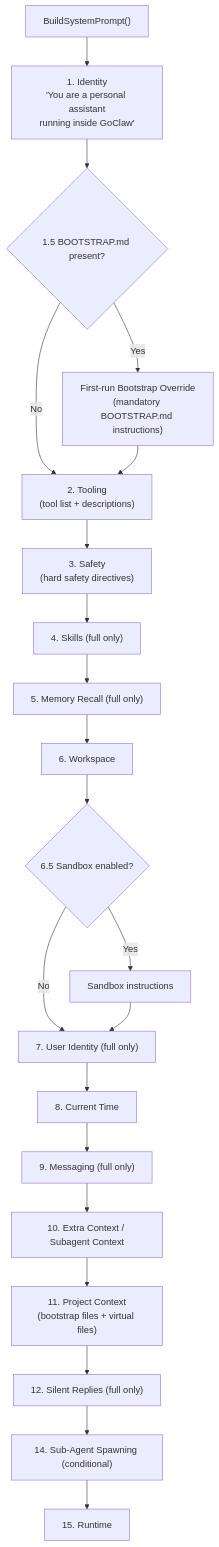
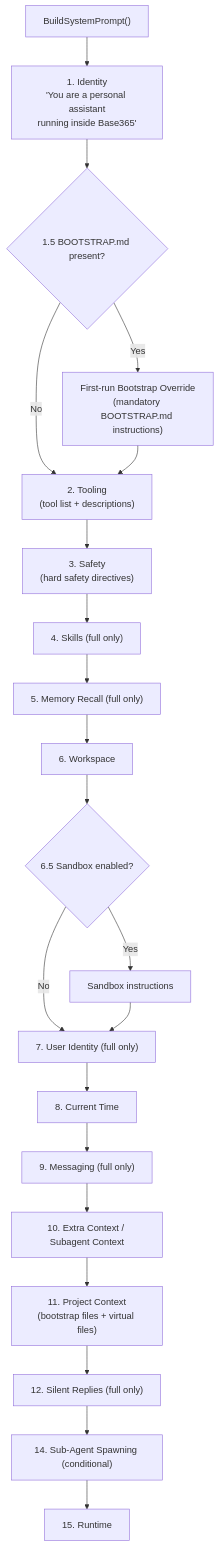
Before and after one commit to edyoCampos/base365: the third of 14 diagrams in docs/07-bootstrap-skills-memory.md, drawn with Mermaid. The commit also changed other lines of this file and 2108 other files, not shown here.

Commit message:
refactor: rebrand GoClaw -> Base365 (conteudo e caminhos)

````diff
--- a/docs/07-bootstrap-skills-memory.md
+++ b/docs/07-bootstrap-skills-memory.md
@@ -149,23 +149,23 @@
 ```mermaid
 flowchart TD
-    START["BuildSystemPrompt()"] --> S1["1. Identity<br/>'You are a personal assistant<br/>running inside GoClaw'"]
+    START["BuildSystemPrompt()"] --> S1["1. Identity<br/>'You are a personal assistant<br/>running inside Base365'"]
     S1 --> S1_5{"1.5 BOOTSTRAP.md present?"}
     S1_5 -->|Yes| BOOT["First-run Bootstrap Override<br/>(mandatory BOOTSTRAP.md instructions)"]
     S1_5 -->|No| S2
     BOOT --> S2["2. Tooling<br/>(tool list + descriptions)"]
     S2 --> S3["3. Safety<br/>(hard safety directives)"]
     S3 --> S4["4. Skills (full only)"]
     S4 --> S5["5. Memory Recall (full only)"]
     S5 --> S6["6. Workspace"]
     S6 --> S6_5{"6.5 Sandbox enabled?"}
     S6_5 -->|Yes| SBX["Sandbox instructions"]
     S6_5 -->|No| S7
     SBX --> S7["7. User Identity (full only)"]
     S7 --> S8["8. Current Time"]
     S8 --> S9["9. Messaging (full only)"]
     S9 --> S10["10. Extra Context / Subagent Context"]
     S10 --> S11["11. Project Context<br/>(bootstrap files + virtual files)"]
     S11 --> S12["12. Silent Replies (full only)"]
     S12 --> S14["14. Sub-Agent Spawning (conditional)"]
     S14 --> S15["15. Runtime"]
 ```
````
